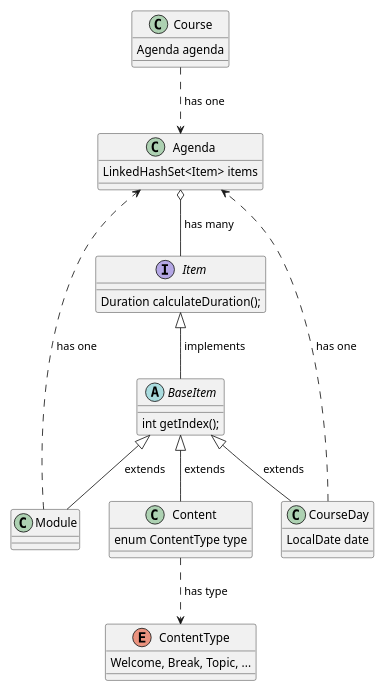
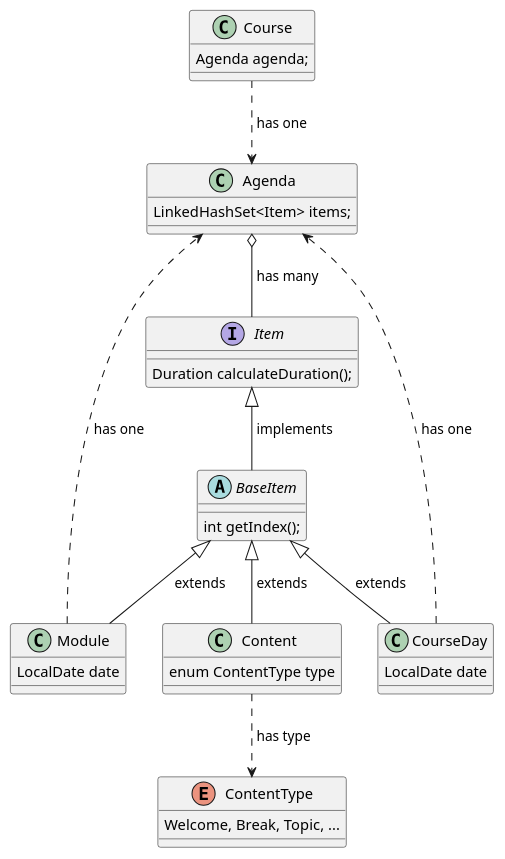
The diagram in module-course-model/docs/diagrams/course-model.v2.puml (ThorstenEckstein/programmierung2-W3WI-109-ss24), drawn with PlantUML before and after one commit. The commit also changed 1 other file, not shown here.

```diff
--- a/module-course-model/docs/diagrams/course-model.v2.puml
+++ b/module-course-model/docs/diagrams/course-model.v2.puml
@@ -1,42 +1,44 @@
 @startuml
 'https://plantuml.com/class-diagram
 
 skinparam groupInheritance 1
 
-scale 0.8
+scale 1.0
 
 class Course {
-  Agenda agenda
+  Agenda agenda;
 }
 class Agenda {
-  LinkedHashSet<Item> items
+  LinkedHashSet<Item> items;
 }
 interface Item {
   Duration calculateDuration();
 }
 abstract class BaseItem {
   int getIndex();
 }
 class CourseDay {
   LocalDate date
 }
-class Module {}
+class Module {
+  LocalDate date
+}
 class Content {
   enum ContentType type
 }
 enum ContentType {
   Welcome, Break, Topic, ...
 }
 
 Course      ..>     Agenda       : " has one"
 CourseDay   ..>     Agenda       : " has one"
 Module      ..>     Agenda       : " has one"
 Agenda      o--     Item         : " has many"
 Item        <|--    BaseItem     : " implements"
 
 BaseItem    <|--    CourseDay    : " extends"
 BaseItem    <|--    Module       : " extends"
 BaseItem    <|--    Content      : " extends"
 Content     ..>     ContentType  : " has type"
 
 @enduml
```
